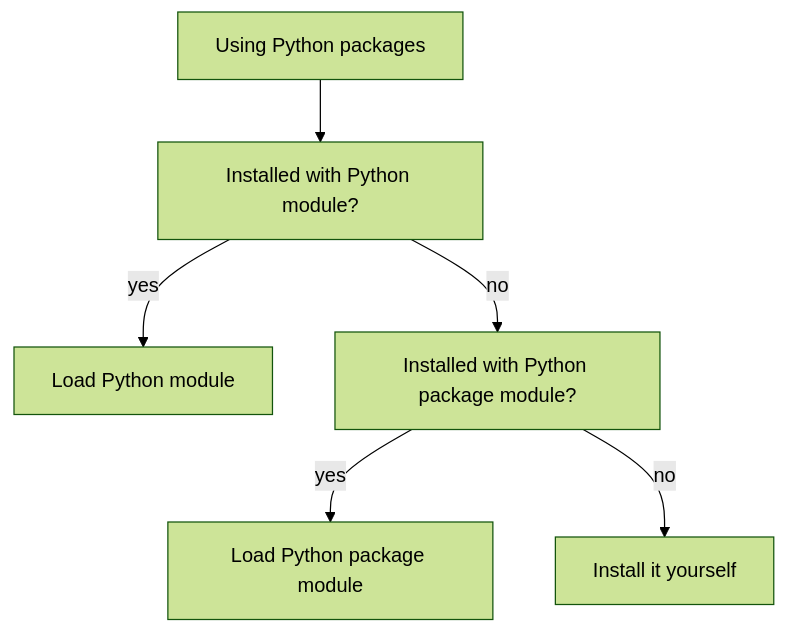
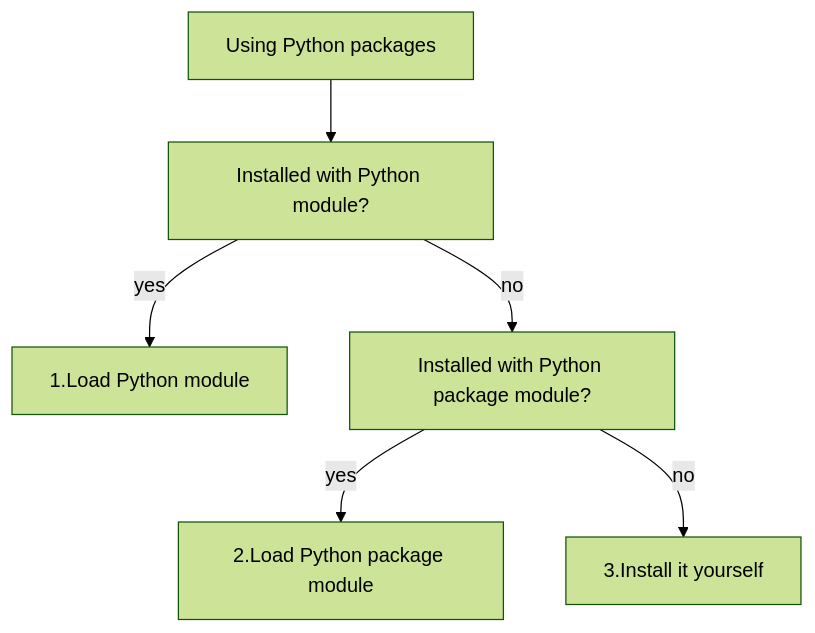
The diagram in docs/python/package_user_journey.mmd (UPPMAX/R-python-julia-matlab-HPC), drawn with Mermaid (forest theme) before and after one commit. The commit also changed 1 other file, not shown here.

```diff
--- a/docs/python/package_user_journey.mmd
+++ b/docs/python/package_user_journey.mmd
@@ -1,13 +1,13 @@
 flowchart TD
   using_python_packages[Using Python packages]
   installed_with_python[Installed with Python module?]
-  use_python[Load Python module]
+  use_python[1.Load Python module]
   installed_with_module[Installed with Python package module?]
-  use_module[Load Python package module]
-  install_yourself[Install it yourself]
+  use_module[2.Load Python package module]
+  install_yourself[3.Install it yourself]
 
   using_python_packages --> installed_with_python
   installed_with_python -->|yes|use_python
   installed_with_python -->|no|installed_with_module
   installed_with_module -->|yes|use_module
   installed_with_module -->|no|install_yourself
```
